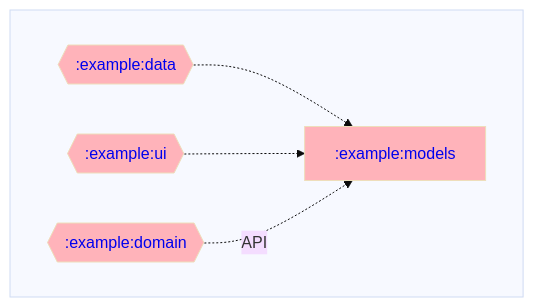
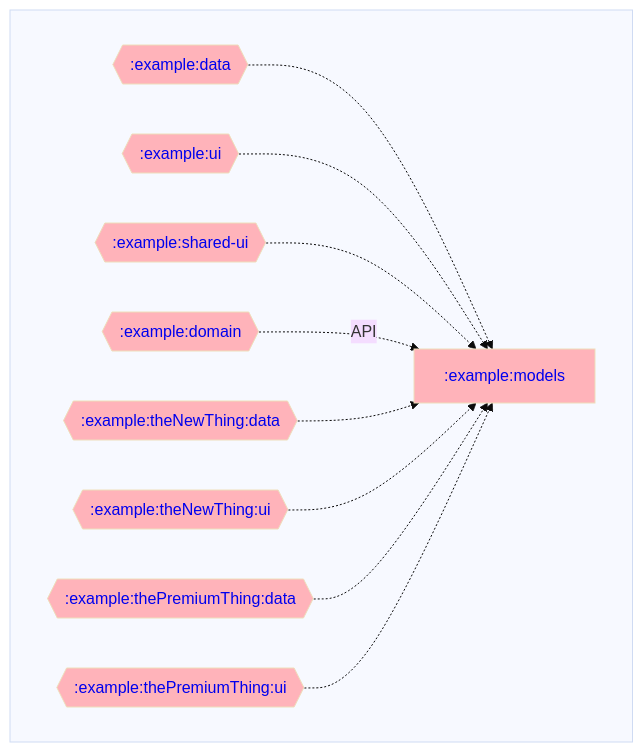
One commit to adityabhaskar/Gradle-dependency-graphs changed the diagram in example/models/dependencyGraph.md. Above: the diagram before and after it, drawn with Mermaid. The commit also changed 14 other files, not shown here.

Commit message:
Generate graphs for the new heirarchy

````diff
--- a/example/models/dependencyGraph.md
+++ b/example/models/dependencyGraph.md
@@ -1,26 +1,36 @@
 ```mermaid
 %%{ init: { 'theme': 'base' } }%%
 graph LR;
 
 %% Styling for module nodes by type
 classDef rootNode stroke-width:4px;
 classDef mppNode fill:#ffd2b3,color:#333333;
 classDef andNode fill:#baffc9,color:#333333;
 classDef javaNode fill:#ffb3ba,color:#333333;
 
 %% Modules
 subgraph  
   direction LR;
   :example:data{{<a href='https://github.com/adityabhaskar/Gradle-dependency-graphs/blob/main/example/data/dependencyGraph.md' style='text-decoration:auto'>:example:data</a>}}:::javaNode;
   :example:domain{{<a href='https://github.com/adityabhaskar/Gradle-dependency-graphs/blob/main/example/domain/dependencyGraph.md' style='text-decoration:auto'>:example:domain</a>}}:::javaNode;
   :example:models[<a href='https://github.com/adityabhaskar/Gradle-dependency-graphs/blob/main/example/models/dependencyGraph.md' style='text-decoration:auto'>:example:models</a>]:::javaNode;
+  :example:shared-ui{{<a href='https://github.com/adityabhaskar/Gradle-dependency-graphs/blob/main/example/shared-ui/dependencyGraph.md' style='text-decoration:auto'>:example:shared-ui</a>}}:::javaNode;
+  :example:theNewThing:data{{<a href='https://github.com/adityabhaskar/Gradle-dependency-graphs/blob/main/example/theNewThing/data/dependencyGraph.md' style='text-decoration:auto'>:example:theNewThing:data</a>}}:::javaNode;
+  :example:theNewThing:ui{{<a href='https://github.com/adityabhaskar/Gradle-dependency-graphs/blob/main/example/theNewThing/ui/dependencyGraph.md' style='text-decoration:auto'>:example:theNewThing:ui</a>}}:::javaNode;
+  :example:thePremiumThing:data{{<a href='https://github.com/adityabhaskar/Gradle-dependency-graphs/blob/main/example/thePremiumThing/data/dependencyGraph.md' style='text-decoration:auto'>:example:thePremiumThing:data</a>}}:::javaNode;
+  :example:thePremiumThing:ui{{<a href='https://github.com/adityabhaskar/Gradle-dependency-graphs/blob/main/example/thePremiumThing/ui/dependencyGraph.md' style='text-decoration:auto'>:example:thePremiumThing:ui</a>}}:::javaNode;
   :example:ui{{<a href='https://github.com/adityabhaskar/Gradle-dependency-graphs/blob/main/example/ui/dependencyGraph.md' style='text-decoration:auto'>:example:ui</a>}}:::javaNode;
 end
 
 %% Dependencies
 
 %% Dependents
 :example:data-.->:example:models
 :example:ui-.->:example:models
+:example:shared-ui-.->:example:models
 :example:domain-.API.->:example:models
+:example:theNewThing:data-.->:example:models
+:example:theNewThing:ui-.->:example:models
+:example:thePremiumThing:data-.->:example:models
+:example:thePremiumThing:ui-.->:example:models
 ```
````
